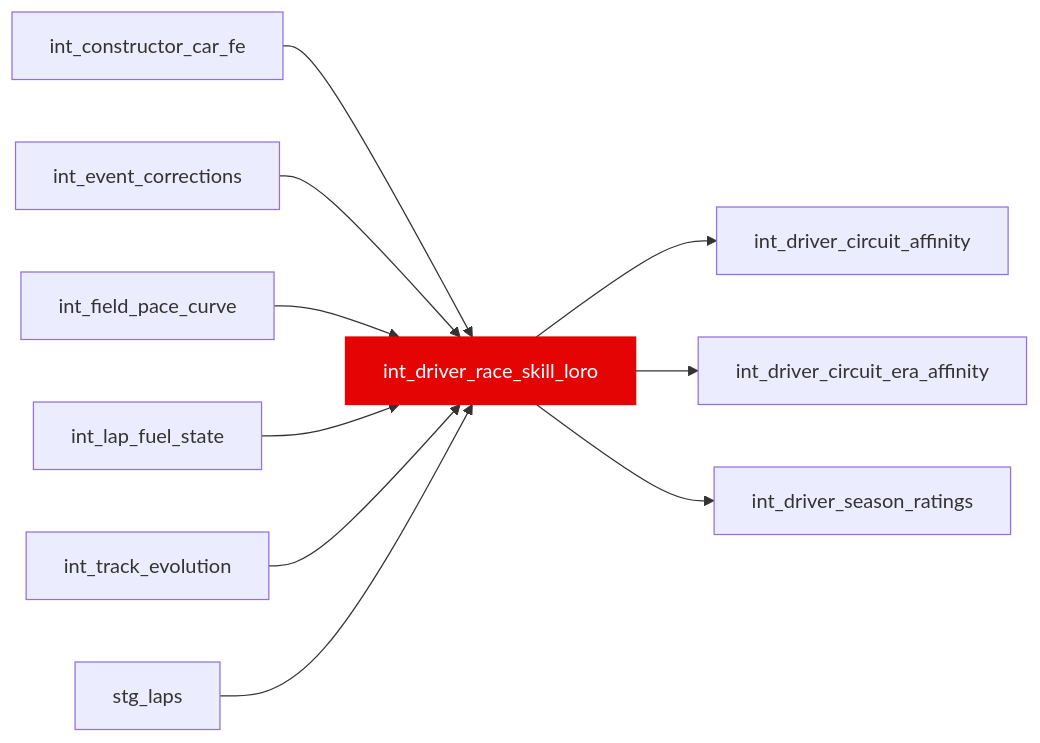
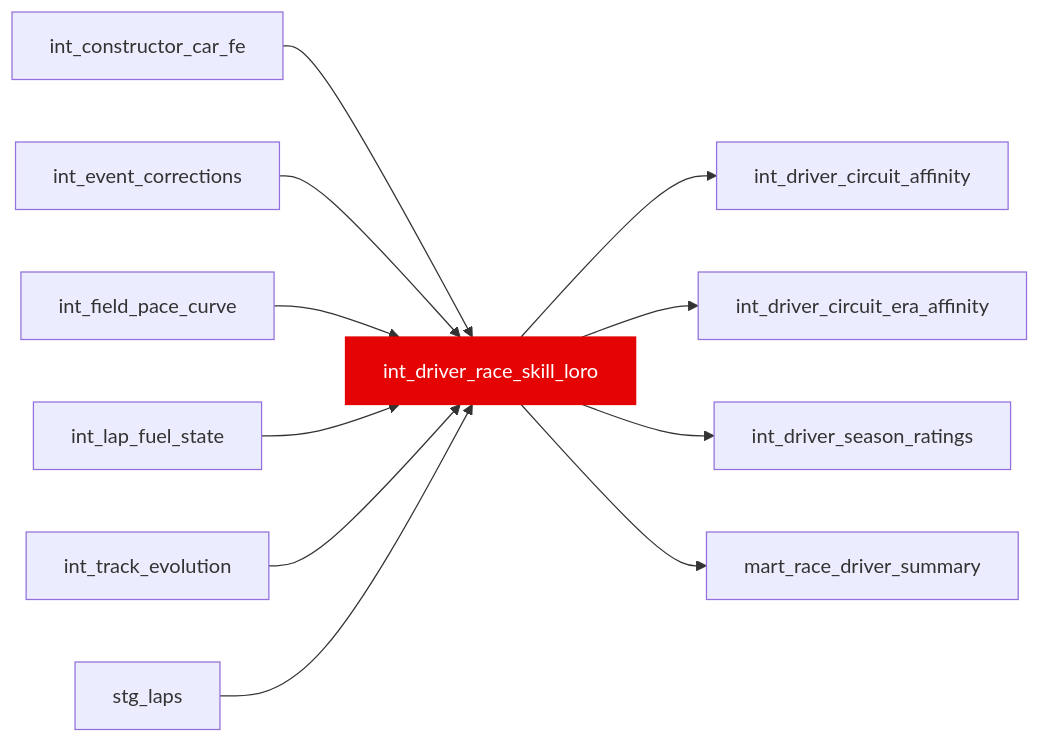
One commit to JustinClarke/off-the-pace changed the diagram in docs/reference/models/int/int_driver_race_skill_loro.mdx. Above: the diagram before and after it, drawn with Mermaid. The commit also changed 224 other files, not shown here.

````diff
--- a/docs/reference/models/int/int_driver_race_skill_loro.mdx
+++ b/docs/reference/models/int/int_driver_race_skill_loro.mdx
@@ -15,13 +15,14 @@
 ```mermaid
 flowchart LR
   int_constructor_car_fe --> int_driver_race_skill_loro
   int_event_corrections --> int_driver_race_skill_loro
   int_field_pace_curve --> int_driver_race_skill_loro
   int_lap_fuel_state --> int_driver_race_skill_loro
   int_track_evolution --> int_driver_race_skill_loro
   stg_laps --> int_driver_race_skill_loro
   int_driver_race_skill_loro --> int_driver_circuit_affinity
   int_driver_race_skill_loro --> int_driver_circuit_era_affinity
   int_driver_race_skill_loro --> int_driver_season_ratings
+  int_driver_race_skill_loro --> mart_race_driver_summary
   style int_driver_race_skill_loro fill:#e40404,stroke:#e40404,color:#fff
 ```
````
